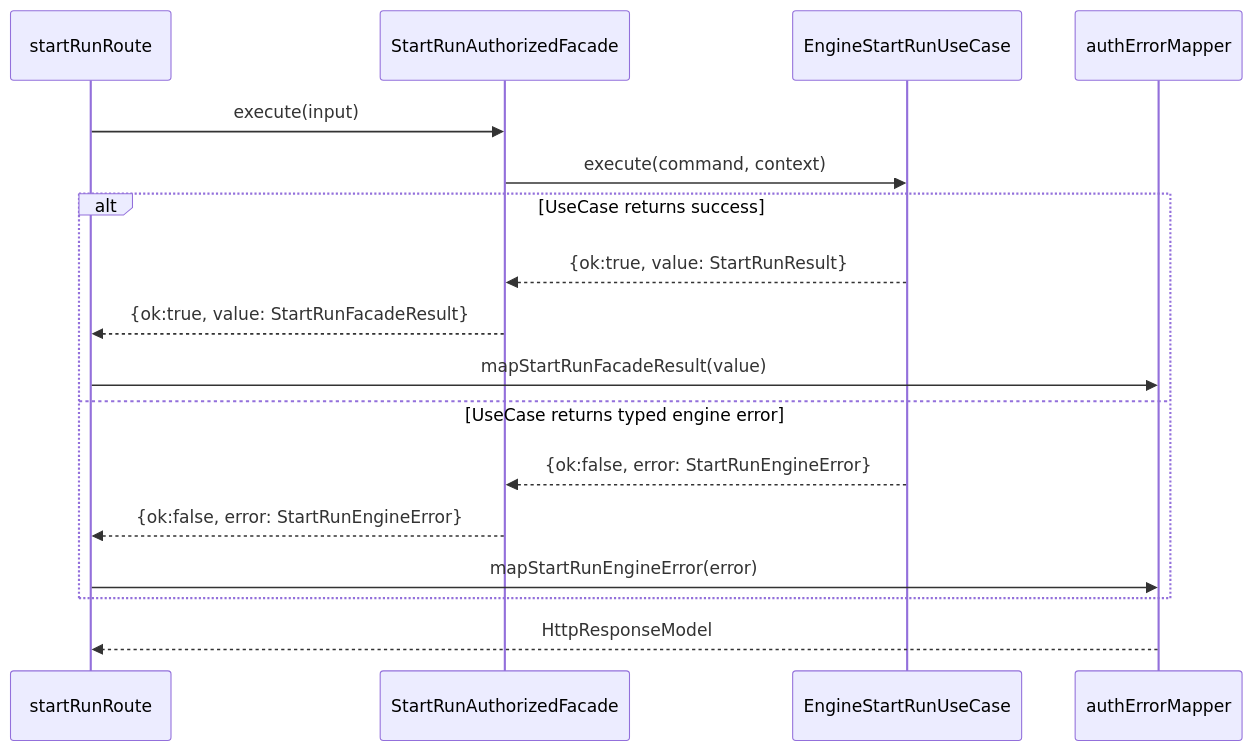
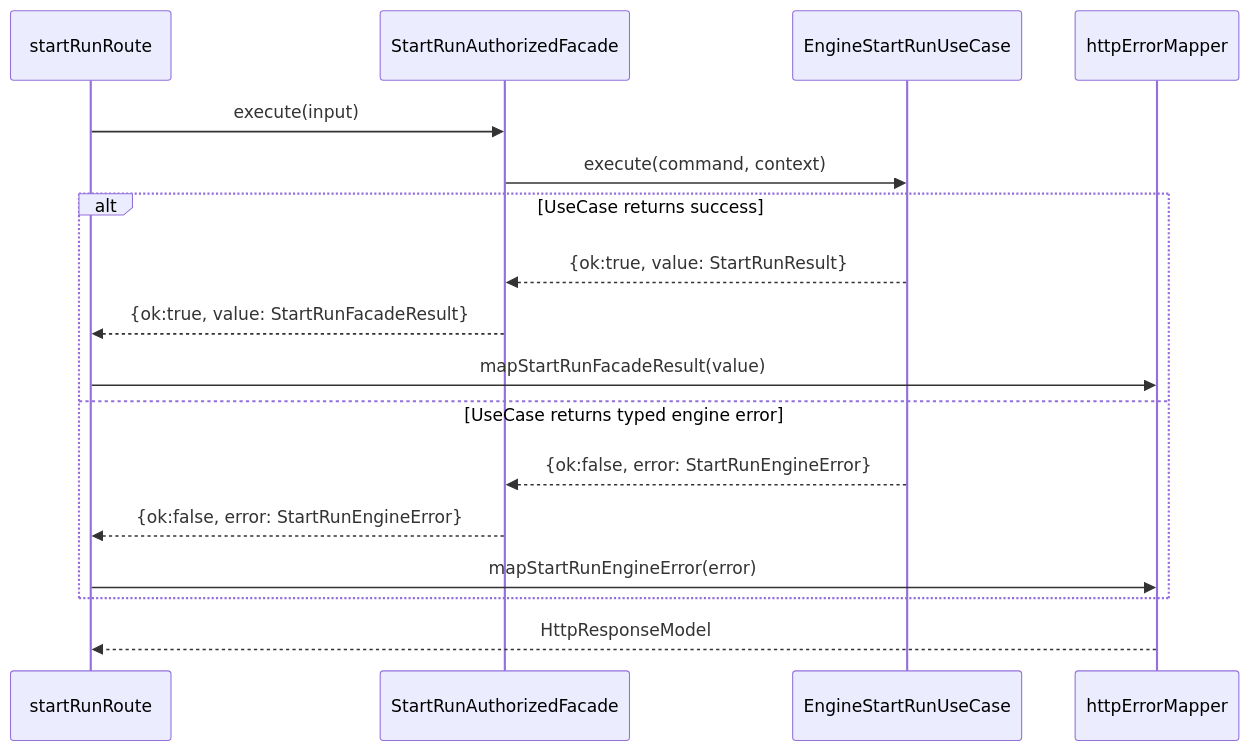
The first of 2 diagrams in docs/planning/proposals/rc-e3-execution-tracking-plan-20260328.md (dunay2/dvt), drawn with Mermaid before and after one commit. The commit also changed other lines of this file and 56 other files, not shown here.

Commit message:
fix(api): Normalize HTTP error boundaries

````diff
--- a/docs/planning/proposals/rc-e3-execution-tracking-plan-20260328.md
+++ b/docs/planning/proposals/rc-e3-execution-tracking-plan-20260328.md
@@ -83,20 +83,20 @@
 ```mermaid
 sequenceDiagram
     participant Route as startRunRoute
     participant Facade as StartRunAuthorizedFacade
     participant UseCase as EngineStartRunUseCase
-    participant Mapper as authErrorMapper
+    participant Mapper as httpErrorMapper
 
     Route->>Facade: execute(input)
     Facade->>UseCase: execute(command, context)
     alt UseCase returns success
       UseCase-->>Facade: {ok:true, value: StartRunResult}
       Facade-->>Route: {ok:true, value: StartRunFacadeResult}
       Route->>Mapper: mapStartRunFacadeResult(value)
     else UseCase returns typed engine error
       UseCase-->>Facade: {ok:false, error: StartRunEngineError}
       Facade-->>Route: {ok:false, error: StartRunEngineError}
       Route->>Mapper: mapStartRunEngineError(error)
     end
     Mapper-->>Route: HttpResponseModel
 ```
````
